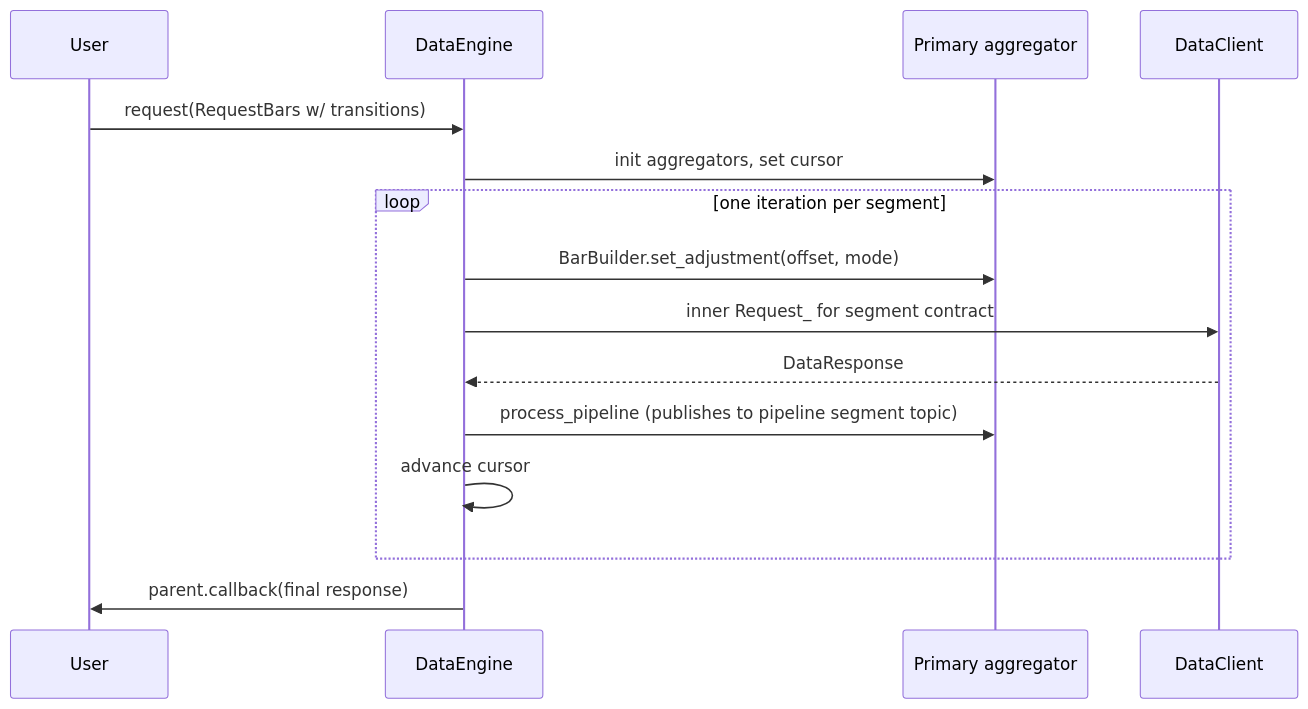
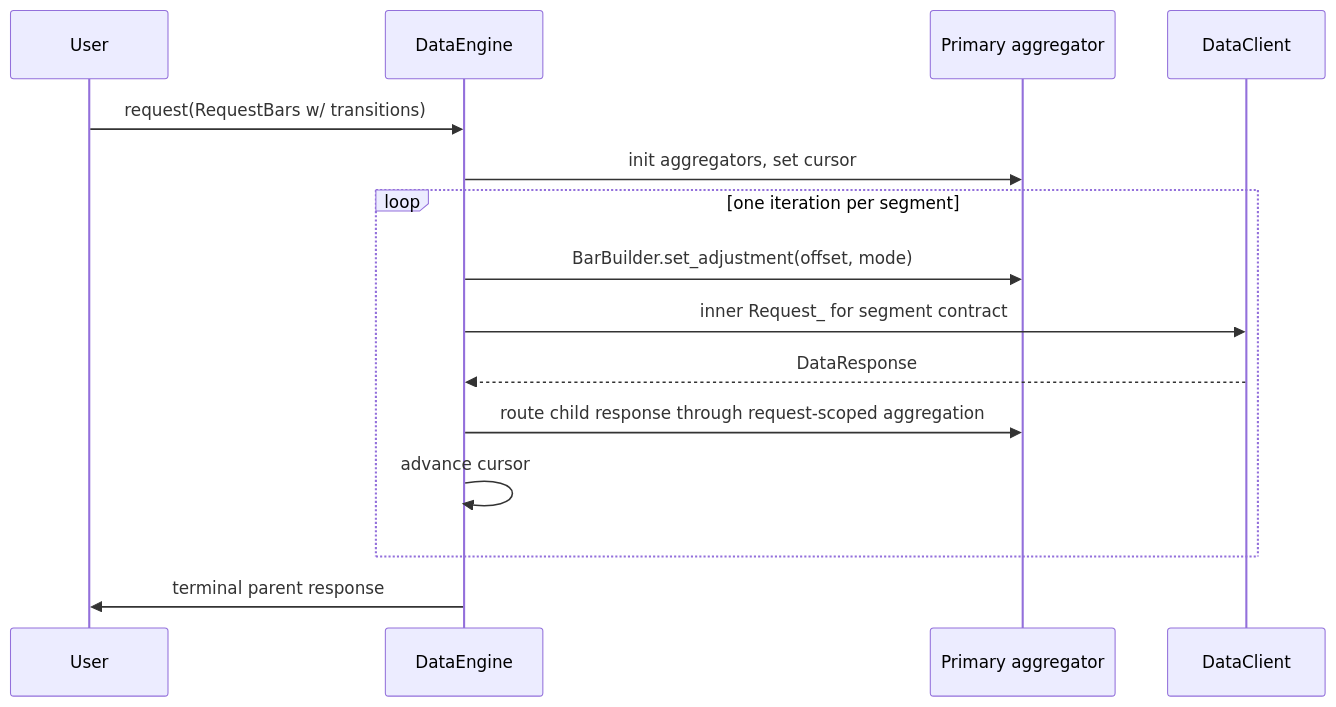
The second of 5 diagrams in docs/concepts/continuous_futures.md (nautechsystems/nautilus_trader), drawn with Mermaid before and after one commit. The commit also changed other lines of this file and 5 other files, not shown here.

````diff
--- a/docs/concepts/continuous_futures.md
+++ b/docs/concepts/continuous_futures.md
@@ -169,18 +171,18 @@
 ```mermaid
 sequenceDiagram
     participant User
     participant Engine as DataEngine
     participant Agg as Primary aggregator
     participant Client as DataClient
 
     User->>Engine: request(RequestBars w/ transitions)
     Engine->>Agg: init aggregators, set cursor
     loop one iteration per segment
         Engine->>Agg: BarBuilder.set_adjustment(offset, mode)
         Engine->>Client: inner Request_ for segment contract
         Client-->>Engine: DataResponse
-        Engine->>Agg: process_pipeline (publishes to pipeline segment topic)
+        Engine->>Agg: route child response through request-scoped aggregation
         Engine->>Engine: advance cursor
     end
-    Engine->>User: parent.callback(final response)
+    Engine->>User: terminal parent response
 ```
````
